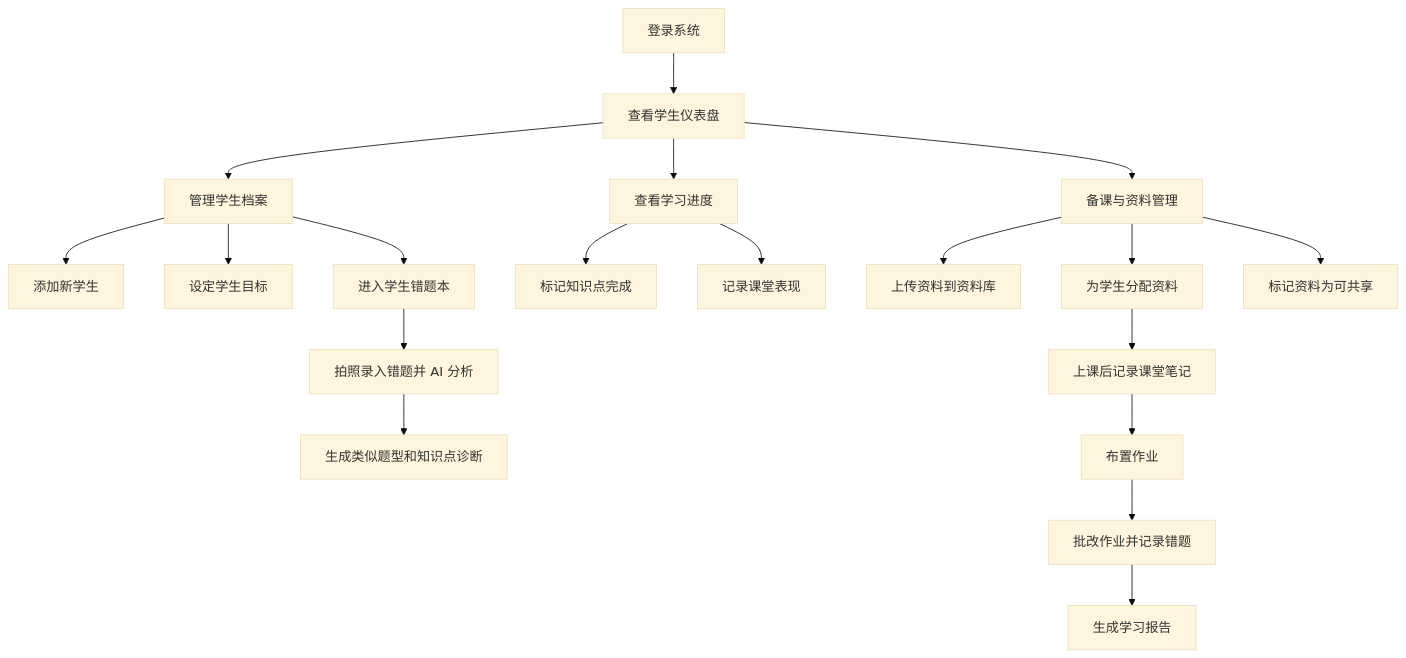
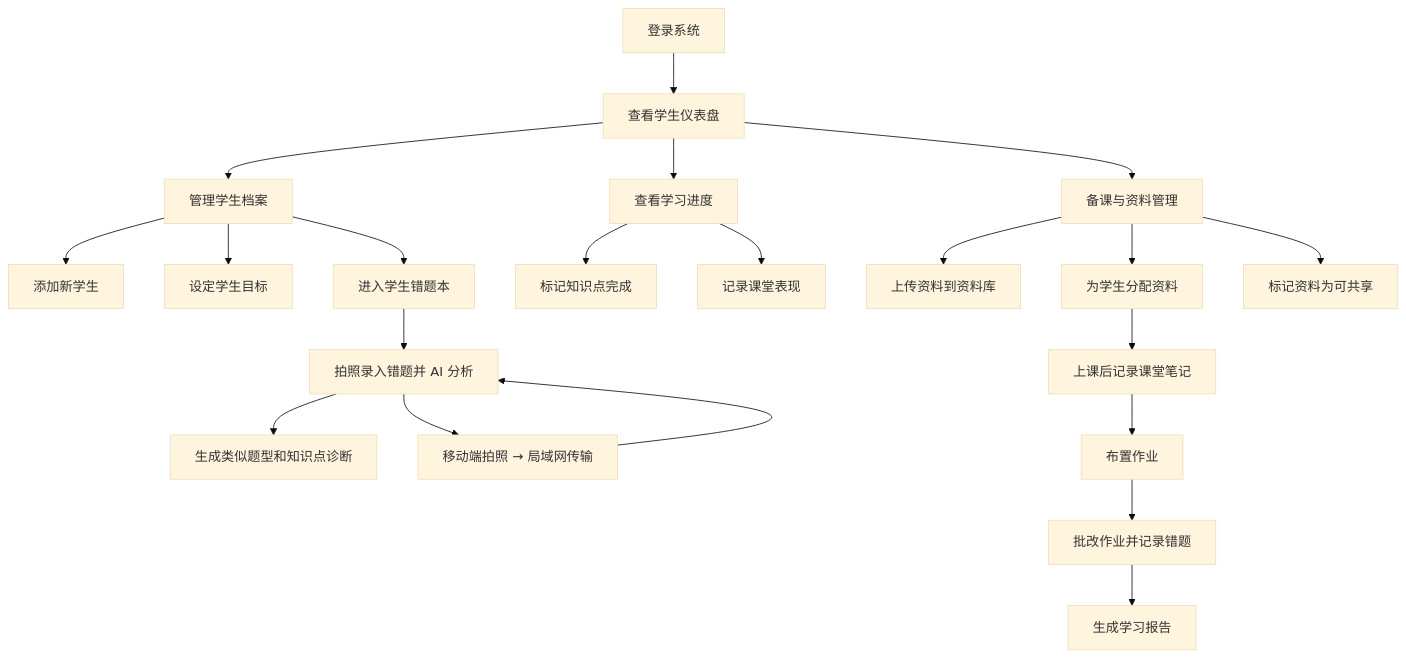
One commit to WikkyGao/c-teacher changed the diagram in PRD.md. Above: the diagram before and after it, drawn with Mermaid (base theme). The commit also changed other lines of this file and 314 other files, not shown here.

````diff
--- a/PRD.md
+++ b/PRD.md
@@ -149,21 +415,23 @@
 ```mermaid
 graph TD
     A[登录系统] --> B[查看学生仪表盘]
     B --> C1[管理学生档案]
     B --> C2[查看学习进度]
     B --> C3[备课与资料管理]
     C1 --> D1[添加新学生]
     C1 --> D2[设定学生目标]
     C1 --> D8[进入学生错题本]
     C2 --> D3[标记知识点完成]
     C2 --> D4[记录课堂表现]
     C3 --> D5[上传资料到资料库]
     C3 --> D6[为学生分配资料]
     C3 --> D7[标记资料为可共享]
     D6 --> E[上课后记录课堂笔记]
     E --> F[布置作业]
     F --> G[批改作业并记录错题]
     D8 --> G1[拍照录入错题并 AI 分析]
     G1 --> G2[生成类似题型和知识点诊断]
+    G1 --> G3[移动端拍照 → 局域网传输]
+    G3 --> G1
     G --> H[生成学习报告]
 ```
````
